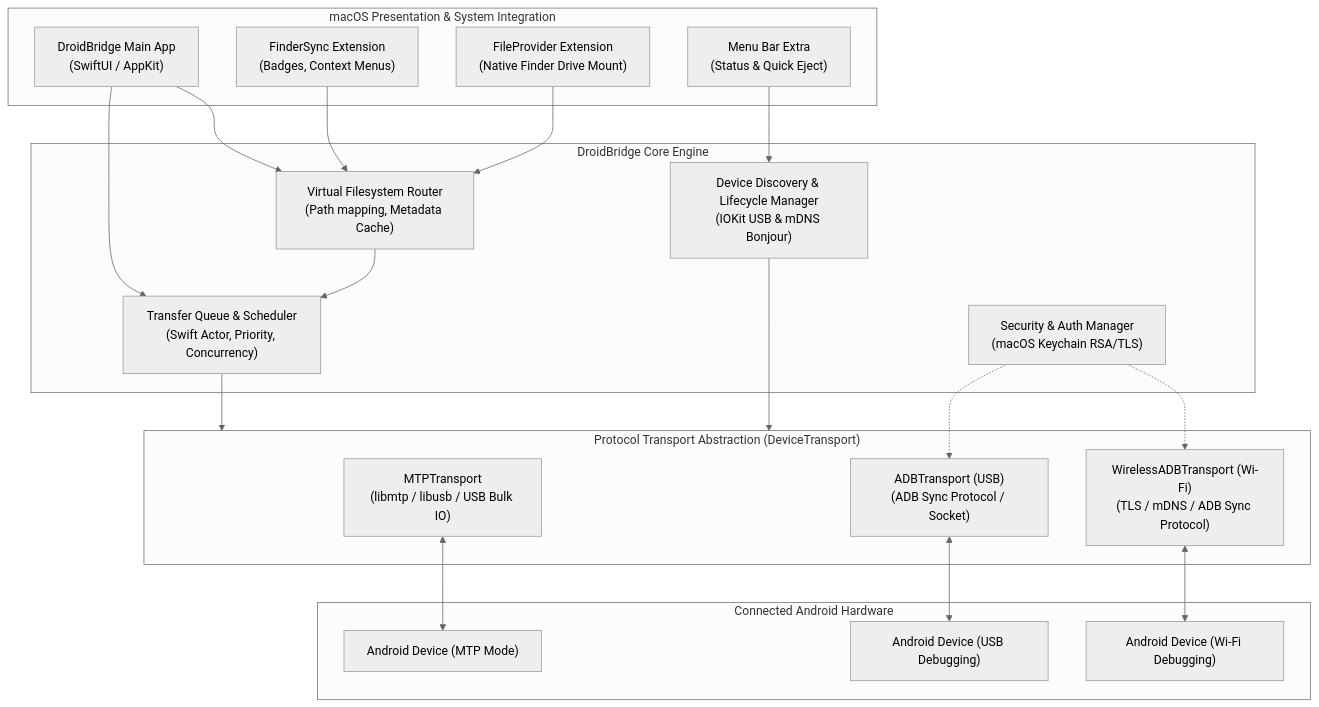
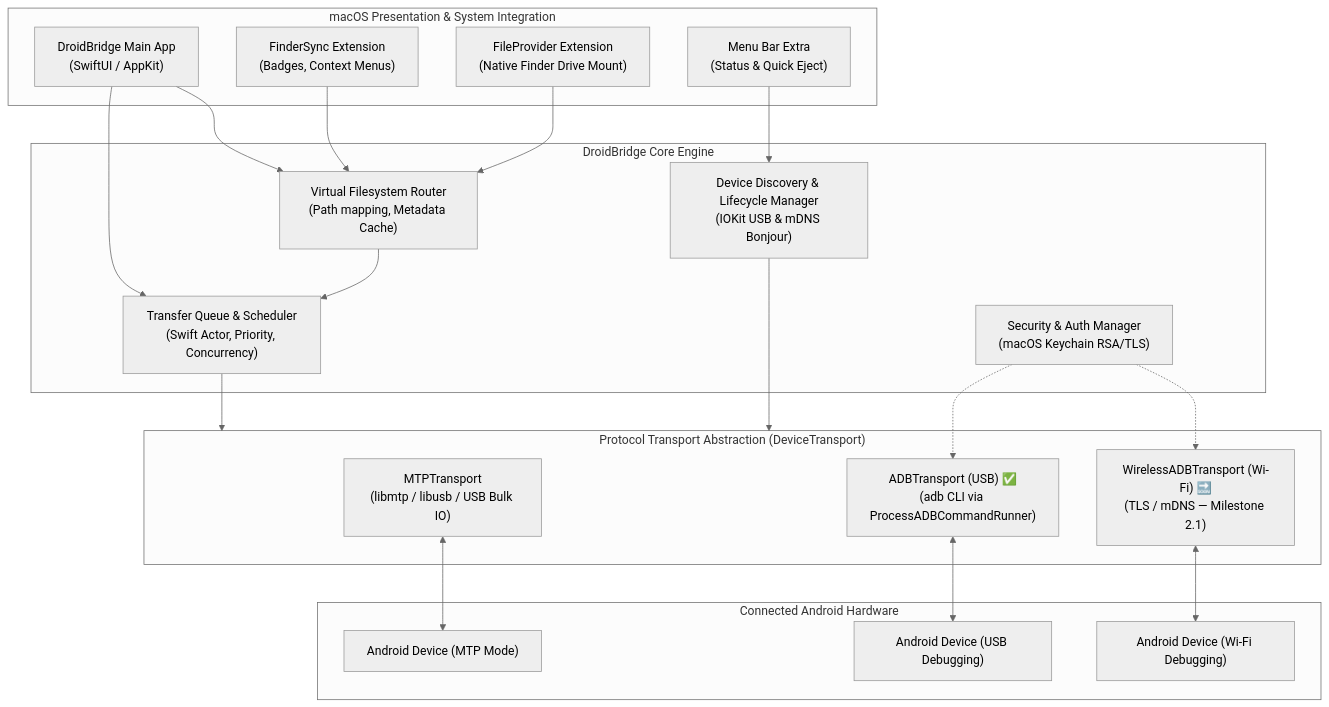
One commit to Hacker123488/DroidBridge changed the diagram in docs/architecture.md. Above: the diagram before and after it, drawn with Mermaid (neutral theme). The commit also changed other lines of this file and 23 other files, not shown here.

Commit message:
completed milestone 2: ADB USB Connectivity

````diff
--- a/docs/architecture.md
+++ b/docs/architecture.md
@@ -9,45 +9,45 @@
 ```mermaid
 flowchart TD
     subgraph UI_Layer ["macOS Presentation & System Integration"]
         GUI["DroidBridge Main App\n(SwiftUI / AppKit)"]
         MenuBar["Menu Bar Extra\n(Status & Quick Eject)"]
         FinderSync["FinderSync Extension\n(Badges, Context Menus)"]
         FileProvider["FileProvider Extension\n(Native Finder Drive Mount)"]
     end
 
     subgraph Core_Engine ["DroidBridge Core Engine"]
         QueueMgr["Transfer Queue & Scheduler\n(Swift Actor, Priority, Concurrency)"]
         VFS["Virtual Filesystem Router\n(Path mapping, Metadata Cache)"]
         DeviceRegistry["Device Discovery & Lifecycle Manager\n(IOKit USB & mDNS Bonjour)"]
         KeyStore["Security & Auth Manager\n(macOS Keychain RSA/TLS)"]
     end
 
     subgraph Protocol_Layer ["Protocol Transport Abstraction (DeviceTransport)"]
         MTPTrans["MTPTransport\n(libmtp / libusb / USB Bulk IO)"]
-        ADBTrans["ADBTransport (USB)\n(ADB Sync Protocol / Socket)"]
-        WirelessADB["WirelessADBTransport (Wi-Fi)\n(TLS / mDNS / ADB Sync Protocol)"]
+        ADBTrans["ADBTransport (USB) ✅\n(adb CLI via ProcessADBCommandRunner)"]
+        WirelessADB["WirelessADBTransport (Wi-Fi) 🔜\n(TLS / mDNS — Milestone 2.1)"]
     end
 
     subgraph Hardware_Target ["Connected Android Hardware"]
         USBDevMTP["Android Device (MTP Mode)"]
         USBDevADB["Android Device (USB Debugging)"]
         WiFiDevADB["Android Device (Wi-Fi Debugging)"]
     end
 
     GUI --> QueueMgr
     GUI --> VFS
     MenuBar --> DeviceRegistry
     FinderSync --> VFS
     FileProvider --> VFS
 
     VFS --> QueueMgr
     QueueMgr --> Protocol_Layer
     DeviceRegistry --> Protocol_Layer
 
     KeyStore -.-> ADBTrans
     KeyStore -.-> WirelessADB
 
     MTPTrans <--> USBDevMTP
     ADBTrans <--> USBDevADB
     WirelessADB <--> WiFiDevADB
 ```
````
